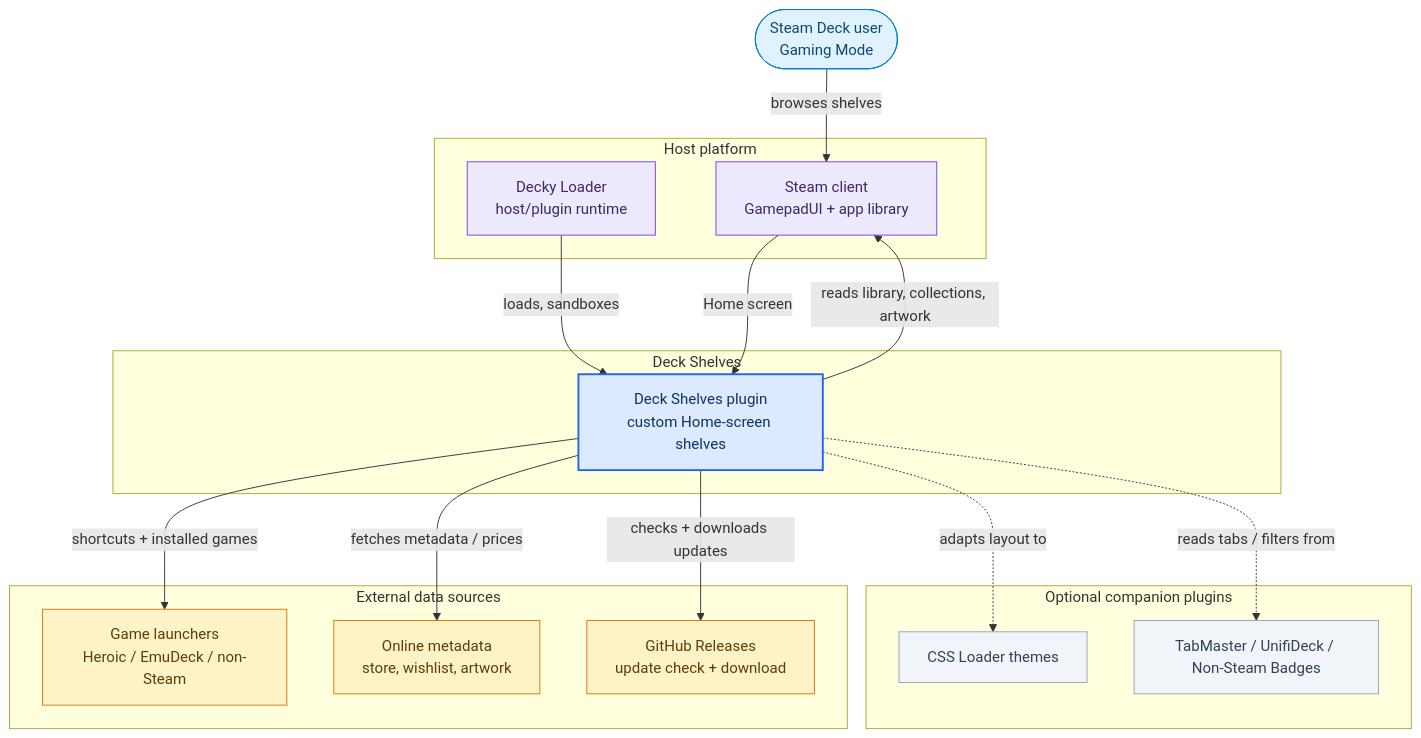
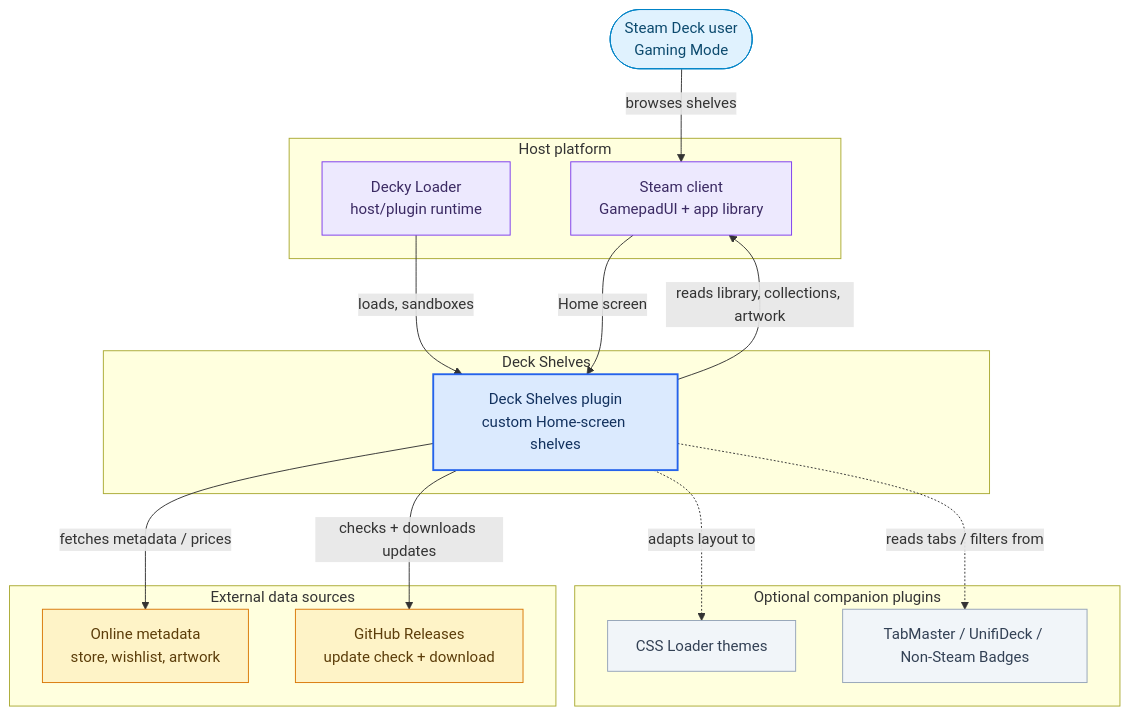
The first of 3 diagrams in docs/architecture.md (santojon/Deck-Shelves), drawn with Mermaid before and after one commit. The commit also changed other lines of this file and 126 other files, not shown here.

````diff
--- a/docs/architecture.md
+++ b/docs/architecture.md
@@ -17,45 +17,43 @@
 ```mermaid
 flowchart TB
     user(["Steam Deck user<br/>Gaming Mode"])
 
     subgraph deckshelves["Deck Shelves"]
         plugin["Deck Shelves plugin<br/>custom Home-screen shelves"]
     end
 
     subgraph host["Host platform"]
         decky["Decky Loader<br/>host/plugin runtime"]
         steam["Steam client<br/>GamepadUI + app library"]
     end
 
     subgraph external["External data sources"]
-        launchers["Game launchers<br/>Heroic / EmuDeck / non-Steam"]
         online["Online metadata<br/>store, wishlist, artwork"]
         gh["GitHub Releases<br/>update check + download"]
     end
 
     subgraph optional["Optional companion plugins"]
         css["CSS Loader themes"]
         tabmaster["TabMaster / UnifiDeck / Non-Steam Badges"]
     end
 
     user -->|"browses shelves"| steam
     steam -->|"Home screen"| plugin
     decky -->|"loads, sandboxes"| plugin
     plugin -->|"reads library, collections, artwork"| steam
-    plugin -->|"shortcuts + installed games"| launchers
     plugin -->|"fetches metadata / prices"| online
     plugin -->|"checks + downloads updates"| gh
     plugin -.->|"adapts layout to"| css
     plugin -.->|"reads tabs / filters from"| tabmaster
 
     classDef ds fill:#dbeafe,stroke:#2563eb,stroke-width:2px,color:#12315e
     classDef platform fill:#ede9fe,stroke:#7c3aed,color:#3b2a63
     classDef ext fill:#fef3c7,stroke:#d97706,color:#5c3d0a
     classDef opt fill:#f1f5f9,stroke:#94a3b8,color:#334155
     classDef actor fill:#e0f2fe,stroke:#0284c7,color:#0c4a6e
     class plugin ds
     class decky,steam platform
-    class launchers,online,gh ext
+    class online,gh ext
     class css,tabmaster opt
     class user actor
 ```
````
